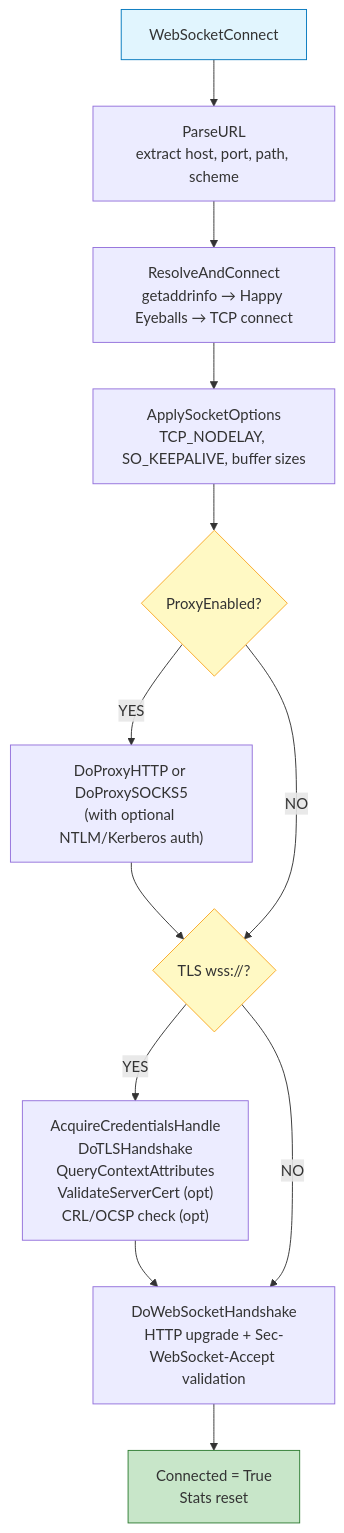
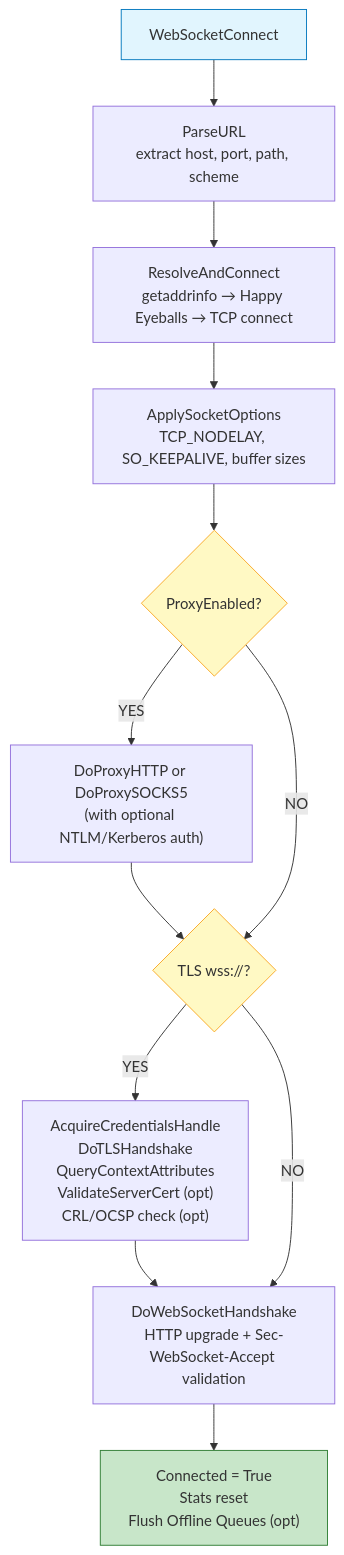
Before and after one commit to uesleibros/wasabi: the third of 14 diagrams in docs/ARCHITECTURE.md, drawn with Mermaid. The commit also changed other lines of this file, not shown here.

First line of the commit message:
Enhance architecture documentation with offline queue details

````diff
--- a/docs/ARCHITECTURE.md
+++ b/docs/ARCHITECTURE.md
@@ -124,25 +125,25 @@
 ```mermaid
 graph TD
     A[WebSocketConnect]
     B["ParseURL<br/>extract host, port, path, scheme"]
     C["ResolveAndConnect<br/>getaddrinfo → Happy Eyeballs → TCP connect"]
     D["ApplySocketOptions<br/>TCP_NODELAY, SO_KEEPALIVE, buffer sizes"]
     E{ProxyEnabled?}
     F["DoProxyHTTP or DoProxySOCKS5<br/>(with optional NTLM/Kerberos auth)"]
     G{TLS wss://?}
     H["AcquireCredentialsHandle<br/>DoTLSHandshake<br/>QueryContextAttributes<br/>ValidateServerCert (opt)<br/>CRL/OCSP check (opt)"]
     I["DoWebSocketHandshake<br/>HTTP upgrade + Sec-WebSocket-Accept validation"]
-    J["Connected = True<br/>Stats reset"]
+    J["Connected = True<br/>Stats reset<br/>Flush Offline Queues (opt)"]
 
     A --> B --> C --> D --> E
     E -- YES --> F --> G
     E -- NO --> G
     G -- YES --> H --> I
     G -- NO --> I
     I --> J
 
     style A fill:#e1f5fe,stroke:#0277bd
     style J fill:#c8e6c9,stroke:#2e7d32
     style E fill:#fff9c4,stroke:#f9a825
     style G fill:#fff9c4,stroke:#f9a825
 ```
````
